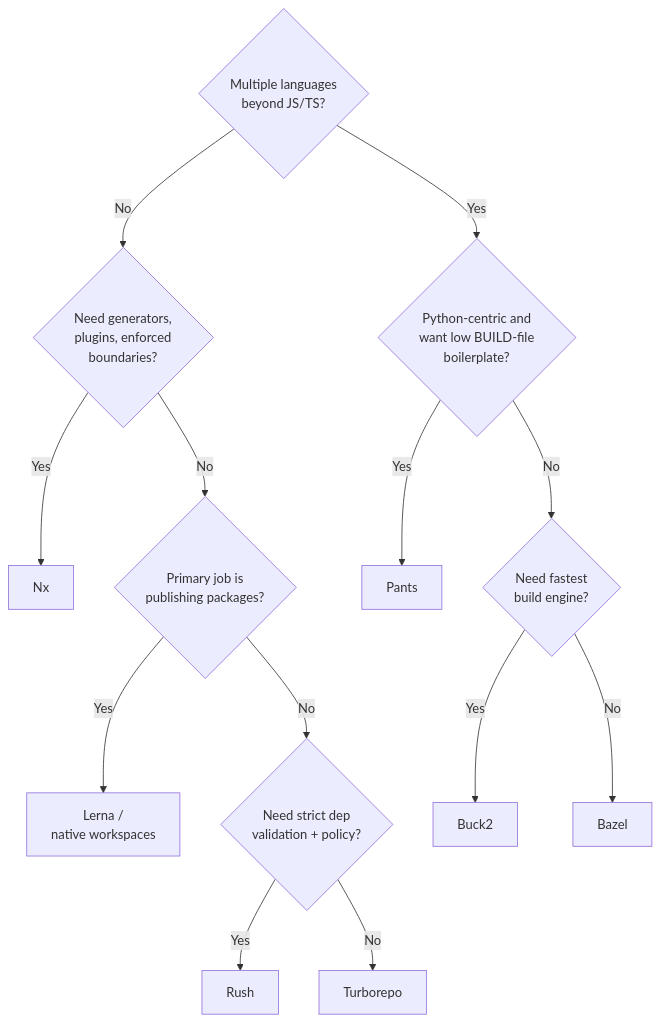
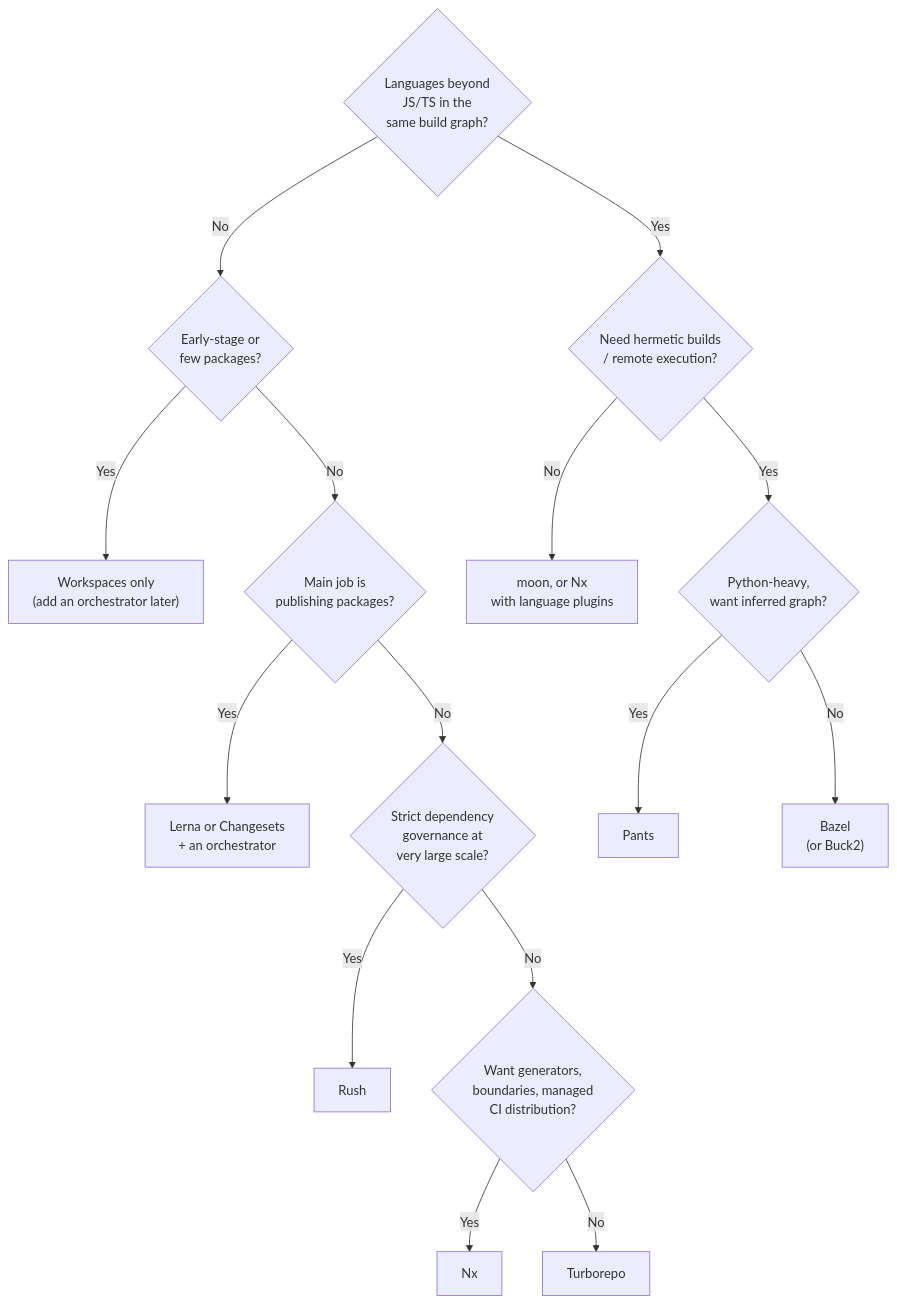
The second of 2 diagrams in github-pages/docs/advanced/monorepo-tooling.md (AndrewAltimit/Documentation), drawn with Mermaid before and after one commit. The commit also changed other lines of this file and 240 other files, not shown here.

````diff
--- a/github-pages/docs/advanced/monorepo-tooling.md
+++ b/github-pages/docs/advanced/monorepo-tooling.md
@@ -405,15 +351,18 @@
 ```mermaid
 flowchart TD
-    start{"Multiple languages\nbeyond JS/TS?"} -->|No| js{"Need generators,\nplugins, enforced\nboundaries?"}
-    start -->|Yes| poly{"Python-centric and\nwant low BUILD-file\nboilerplate?"}
-    js -->|Yes| nx["Nx"]
-    js -->|No| pub{"Primary job is\npublishing packages?"}
-    pub -->|Yes| lerna["Lerna /\nnative workspaces"]
-    pub -->|No| strict{"Need strict dep\nvalidation + policy?"}
-    strict -->|Yes| rush["Rush"]
-    strict -->|No| turbo["Turborepo"]
-    poly -->|Yes| pants["Pants"]
-    poly -->|No| eng{"Need fastest\nbuild engine?"}
-    eng -->|Yes| buck["Buck2"]
-    eng -->|No| bazel["Bazel"]
+    start{"Languages beyond<br/>JS/TS in the<br/>same build graph?"}
+    start -- No --> size{"Early-stage or<br/>few packages?"}
+    size -- Yes --> ws["Workspaces only<br/>(add an orchestrator later)"]
+    size -- No --> pub{"Main job is<br/>publishing packages?"}
+    pub -- Yes --> lerna["Lerna or Changesets<br/>+ an orchestrator"]
+    pub -- No --> gov{"Strict dependency<br/>governance at<br/>very large scale?"}
+    gov -- Yes --> rush["Rush"]
+    gov -- No --> gen{"Want generators,<br/>boundaries, managed<br/>CI distribution?"}
+    gen -- Yes --> nx["Nx"]
+    gen -- No --> turbo["Turborepo"]
+    start -- Yes --> herm{"Need hermetic builds<br/>/ remote execution?"}
+    herm -- No --> moonnx["moon, or Nx<br/>with language plugins"]
+    herm -- Yes --> py{"Python-heavy,<br/>want inferred graph?"}
+    py -- Yes --> pants["Pants"]
+    py -- No --> bb["Bazel<br/>(or Buck2)"]
 ```
````
